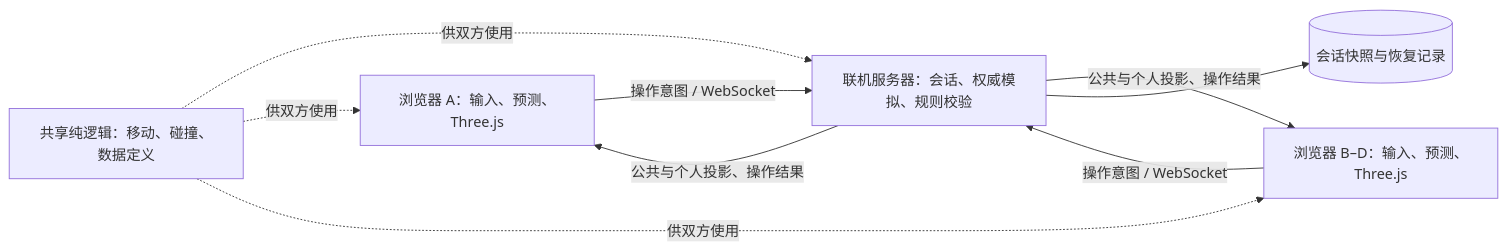
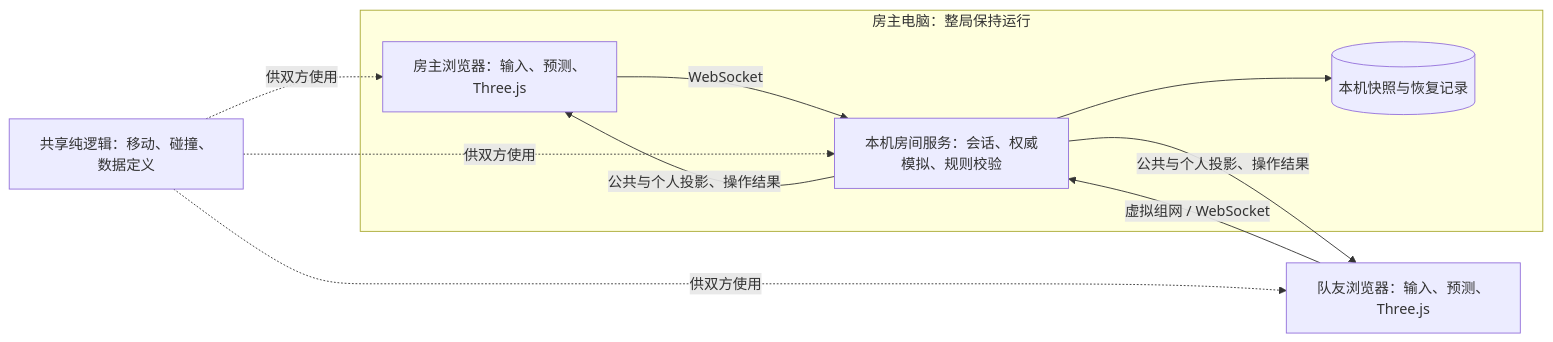
Before and after one commit to chorusfruit-233/wdfz: the diagram in docs/计划-多人联机.md, drawn with Mermaid. The commit also changed other lines of this file and 1 other file, not shown here.

````diff
--- a/docs/计划-多人联机.md
+++ b/docs/计划-多人联机.md
@@ -94,11 +99,16 @@
 ```mermaid
 flowchart LR
-    A[浏览器 A：输入、预测、Three.js] -->|操作意图 / WebSocket| S[联机服务器：会话、权威模拟、规则校验]
-    B[浏览器 B–D：输入、预测、Three.js] -->|操作意图 / WebSocket| S
+    subgraph H[房主电脑：整局保持运行]
+      A[房主浏览器：输入、预测、Three.js]
+      S[本机房间服务：会话、权威模拟、规则校验]
+      P[(本机快照与恢复记录)]
+    end
+    B[队友浏览器：输入、预测、Three.js] -->|虚拟组网 / WebSocket| S
+    A -->|WebSocket| S
     S -->|公共与个人投影、操作结果| A
     S -->|公共与个人投影、操作结果| B
-    S --> P[(会话快照与恢复记录)]
+    S --> P
     C[共享纯逻辑：移动、碰撞、数据定义] -.供双方使用.-> S
     C -.供双方使用.-> A
     C -.供双方使用.-> B
 ```
````
